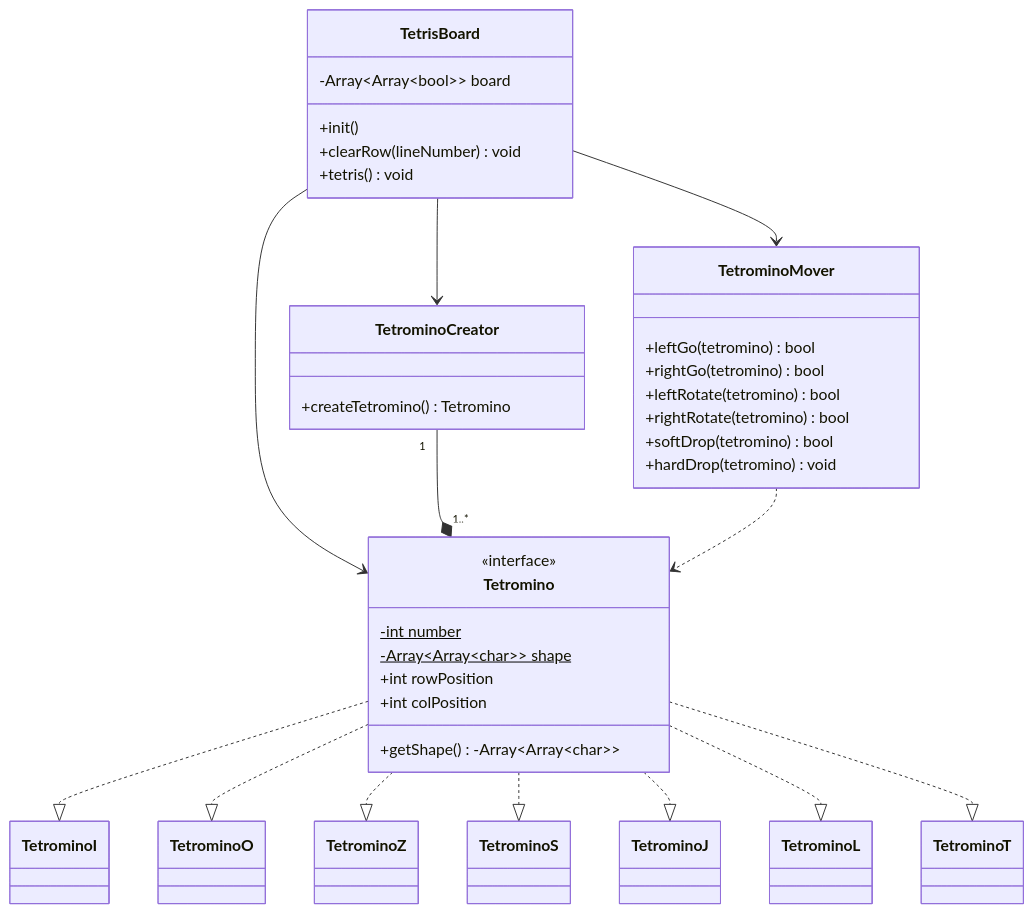
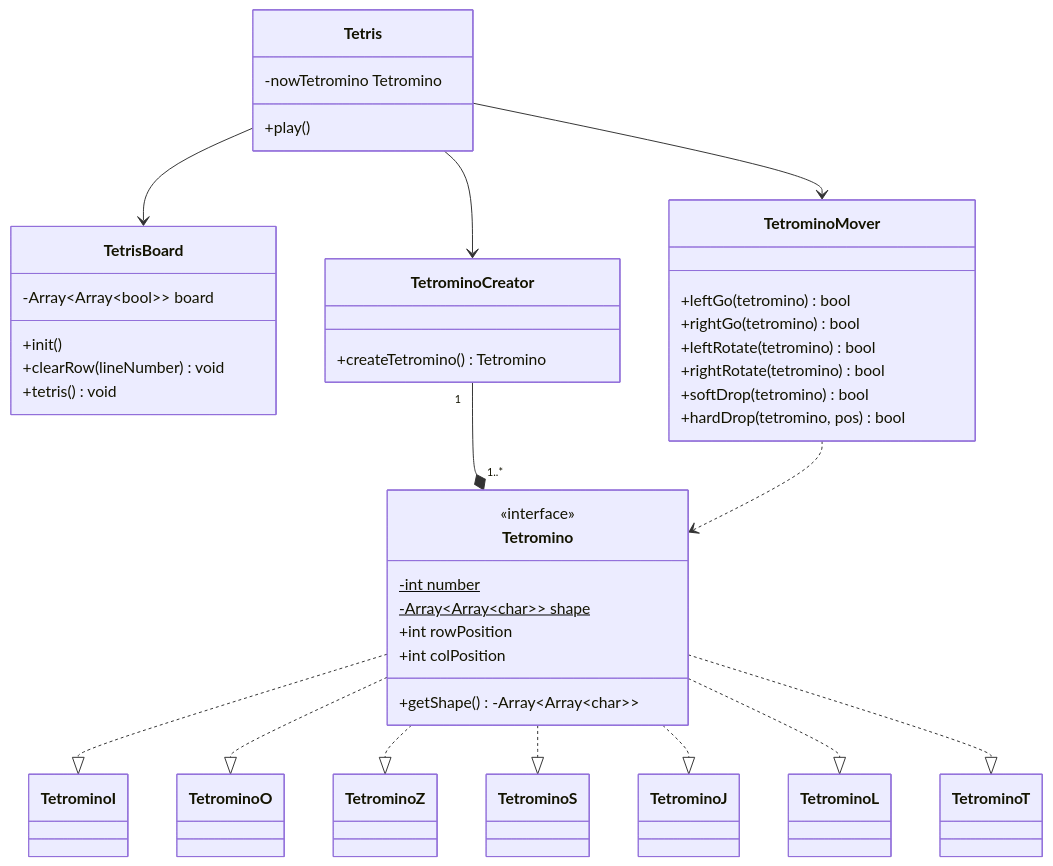
Before and after one commit to chhy-son/tetris: the diagram in src/Documents/UML/ClassDiagram.md, drawn with Mermaid. The commit also changed other lines of this file and 7 other files, not shown here.

````diff
--- a/src/Documents/UML/ClassDiagram.md
+++ b/src/Documents/UML/ClassDiagram.md
@@ -3,56 +5,58 @@
 ```mermaid
     classDiagram
-        class TetrisBoard {
-            -Array~Array~bool~~ board
-            +init()
-            +clearRow(lineNumber) void
-            +tetris() void
-        }
+    class Tetris {
+        -nowTetromino Tetromino
+        +play()
+    }
 
-        class TetrominoCreator {
-            +createTetromino() Tetromino
-        }
-        
-        class TetrominoMover {
-            +leftGo(tetromino) bool
-            +rightGo(tetromino) bool
-            +leftRotate(tetromino) bool
-            +rightRotate(tetromino) bool
-            +softDrop(tetromino) bool
-            +hardDrop(tetromino) void
-        }
-        
-        class Tetromino {
-            <<interface>>
-            -int number$
-            -Array~Array~char~~ shape$
-            +int rowPosition
-            +int colPosition
-            +getShape() -Array~Array~char~~
-        }
-        class TetrominoI
-        class TetrominoO
-        class TetrominoZ
-        class TetrominoS
-        class TetrominoJ
-        class TetrominoL
-        class TetrominoT
-        
-        %% -- Lines --
-        TetrisBoard --> Tetromino
-        TetrisBoard --> TetrominoCreator
-        TetrisBoard --> TetrominoMover
-        
-        TetrominoCreator "1"--*"1..*" Tetromino
-        
-        TetrominoMover ..> Tetromino 
-        
-        Tetromino ..|> TetrominoI
-        Tetromino ..|> TetrominoO
-        Tetromino ..|> TetrominoZ
-        Tetromino ..|> TetrominoS
-        Tetromino ..|> TetrominoJ
-        Tetromino ..|> TetrominoL
-        Tetromino ..|> TetrominoT
-        
+    class TetrisBoard {
+        -Array~Array~bool~~ board
+        +init()
+        +clearRow(lineNumber) void
+        +tetris() void
+    }
+
+    class TetrominoCreator {
+        +createTetromino() Tetromino
+    }
+
+    class TetrominoMover {
+        +leftGo(tetromino) bool
+        +rightGo(tetromino) bool
+        +leftRotate(tetromino) bool
+        +rightRotate(tetromino) bool
+        +softDrop(tetromino) bool
+        +hardDrop(tetromino, pos) bool
+    }
+
+    class Tetromino {
+        <<interface>>
+        -int number$
+        -Array~Array~char~~ shape$
+        +int rowPosition
+        +int colPosition
+        +getShape() -Array~Array~char~~
+    }
+    class TetrominoI
+    class TetrominoO
+    class TetrominoZ
+    class TetrominoS
+    class TetrominoJ
+    class TetrominoL
+    class TetrominoT
+
+%% -- Lines --
+    Tetris --> TetrisBoard
+    Tetris --> TetrominoCreator
+    Tetris --> TetrominoMover
+    TetrominoCreator "1" --* "1..*" Tetromino
+    TetrominoMover ..> Tetromino
+    Tetromino ..|> TetrominoI
+    Tetromino ..|> TetrominoO
+    Tetromino ..|> TetrominoZ
+    Tetromino ..|> TetrominoS
+    Tetromino ..|> TetrominoJ
+    Tetromino ..|> TetrominoL
+    Tetromino ..|> TetrominoT
+
 ```
````
